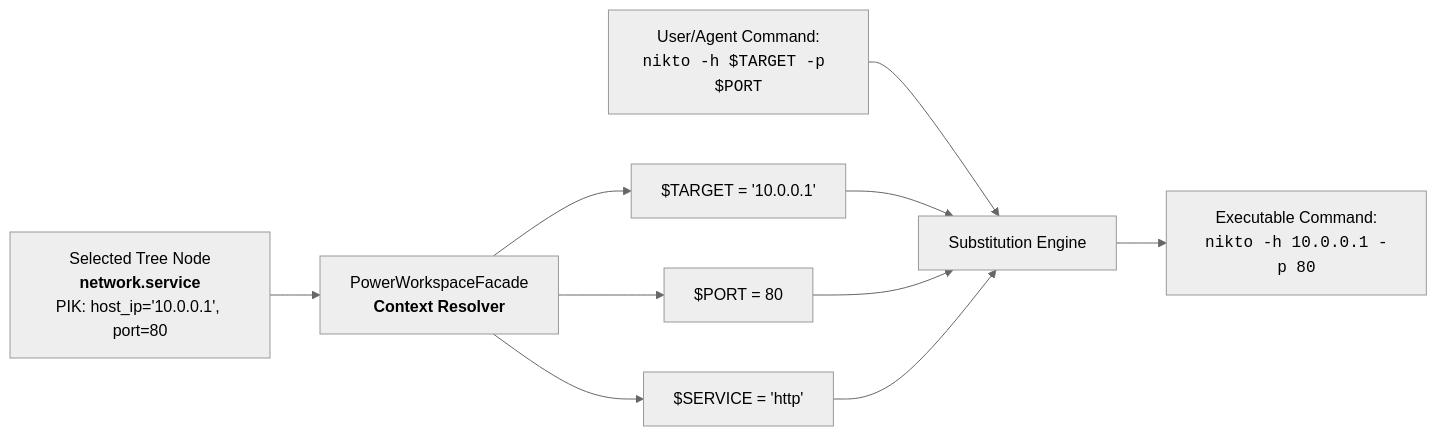
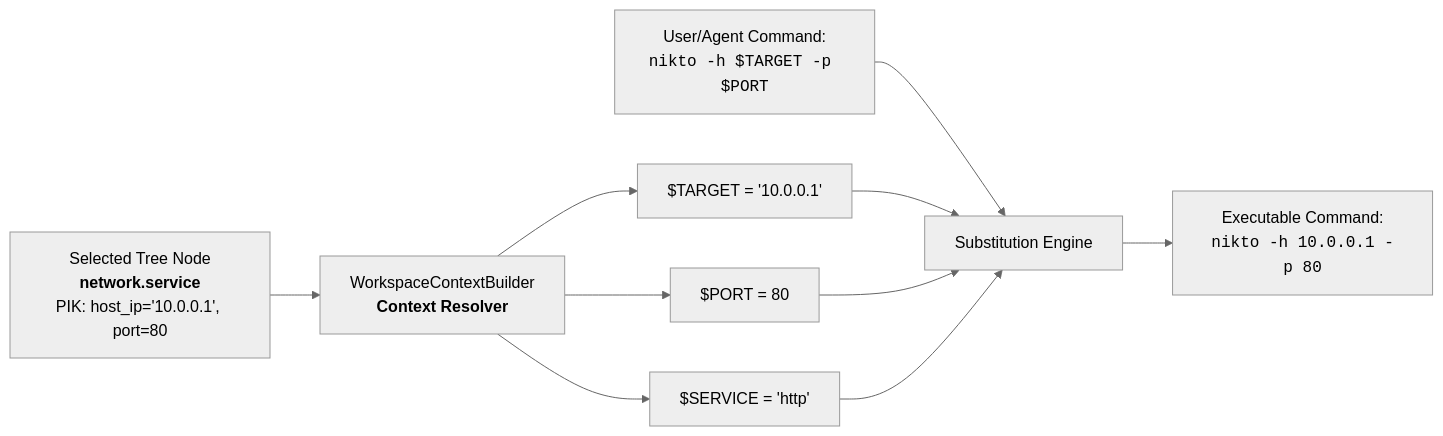
Before and after one commit to h45sh/cyguide: the third of 4 diagrams in docs/developer/ARCHITECTURE.md, drawn with Mermaid (neutral theme). The commit also changed other lines of this file and 2 other files, not shown here.

Commit message:
docs(architecture): update architecture specification and adr for deep modules refactoring

````diff
--- a/docs/developer/ARCHITECTURE.md
+++ b/docs/developer/ARCHITECTURE.md
@@ -221,18 +234,18 @@
 ```mermaid
 flowchart LR
     Node["Selected Tree Node<br><b>network.service</b><br>PIK: host_ip='10.0.0.1', port=80"]
-    --> Facade["PowerWorkspaceFacade<br><b>Context Resolver</b>"]
+    --> Context["WorkspaceContextBuilder<br><b>Context Resolver</b>"]
 
-    Facade --> V1["$TARGET = '10.0.0.1'"]
-    Facade --> V2["$PORT = 80"]
-    Facade --> V3["$SERVICE = 'http'"]
+    Context --> V1["$TARGET = '10.0.0.1'"]
+    Context --> V2["$PORT = 80"]
+    Context --> V3["$SERVICE = 'http'"]
 
     CmdIn["User/Agent Command:<br><code>nikto -h $TARGET -p $PORT</code>"]
     --> Sub["Substitution Engine"]
 
     V1 --> Sub
     V2 --> Sub
     V3 --> Sub
 
     Sub --> CmdOut["Executable Command:<br><code>nikto -h 10.0.0.1 -p 80</code>"]
 ```
````
